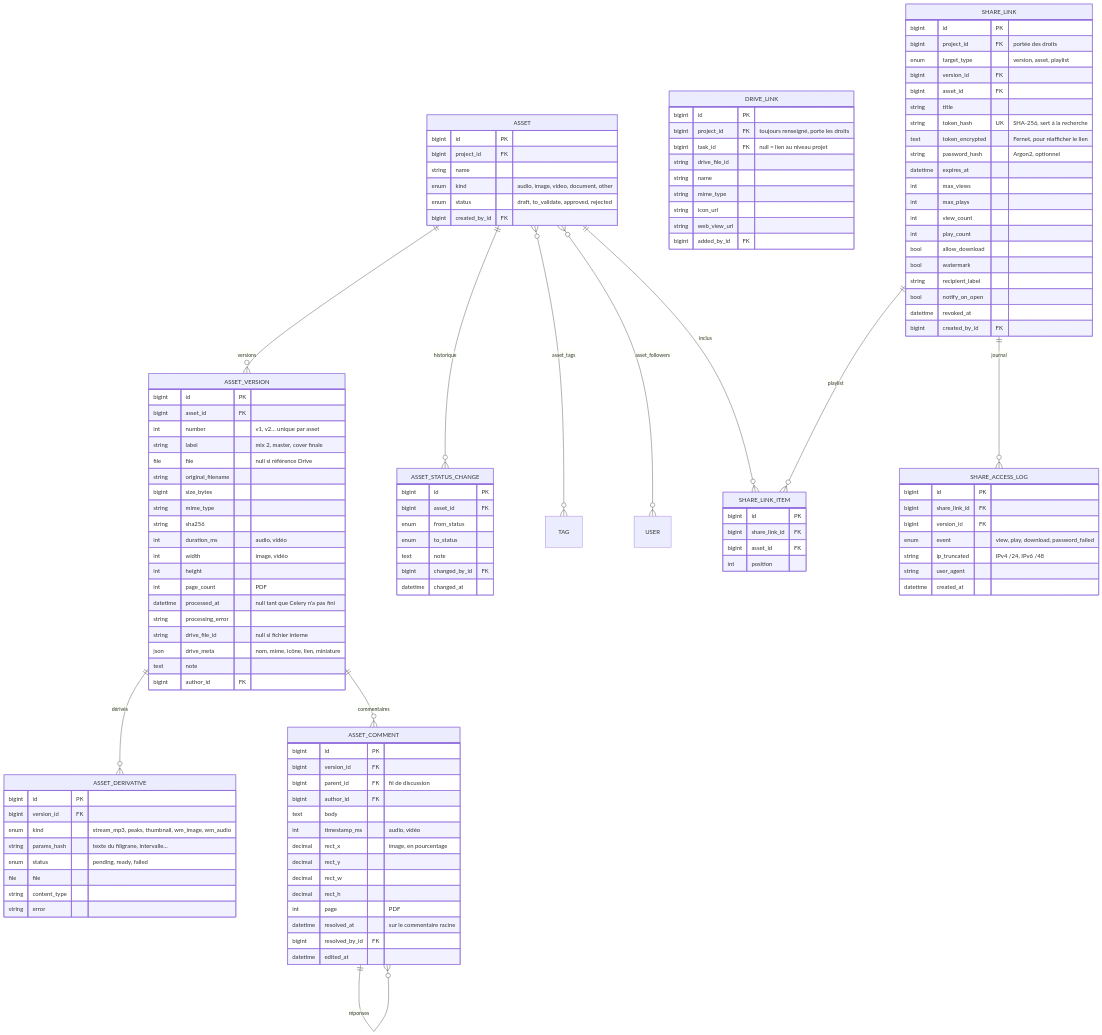
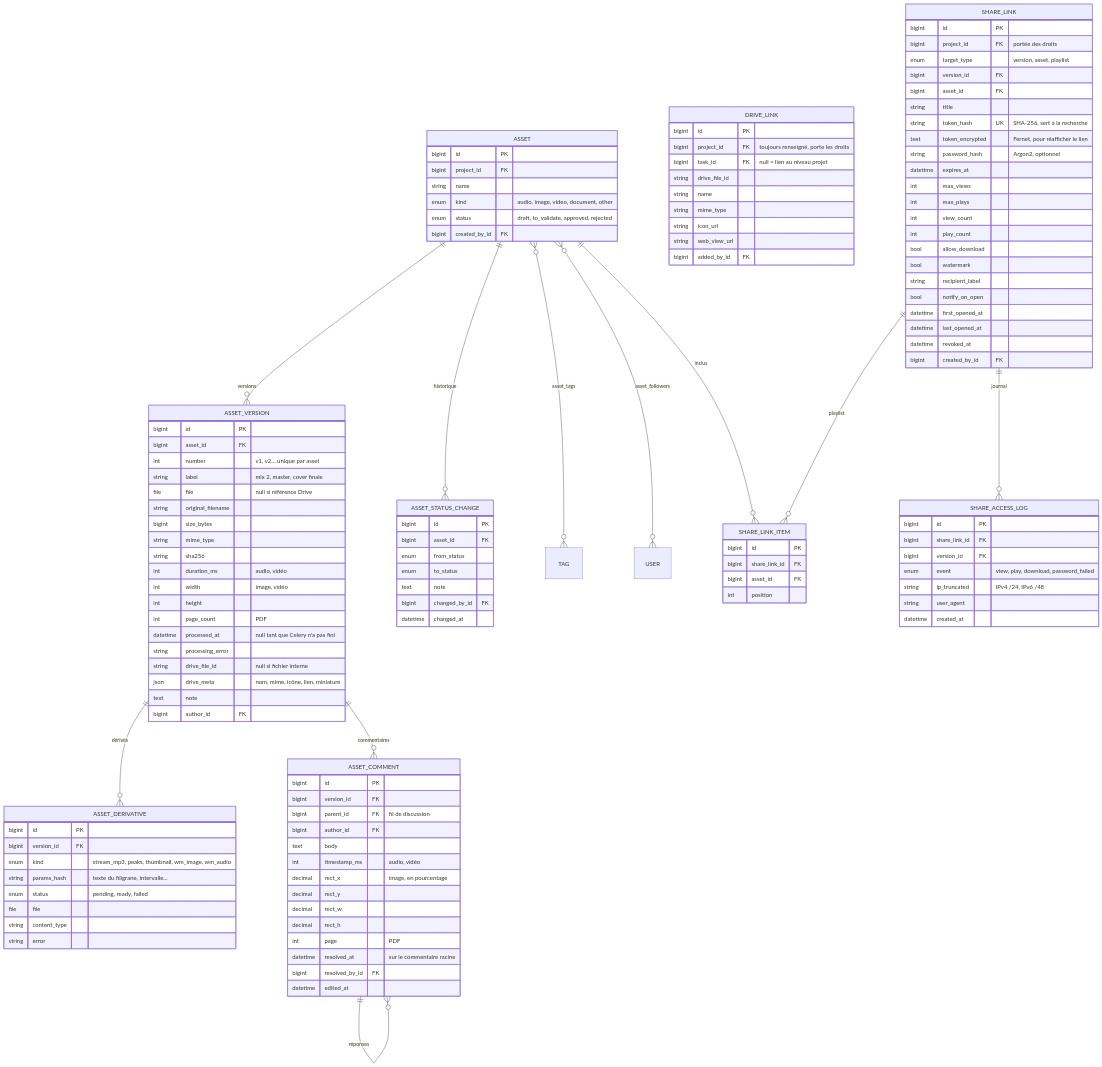
The fifth of 7 diagrams in DATABASE_SCHEMA.md (lucagslr/sobased), drawn with Mermaid before and after one commit. The commit also changed other lines of this file and 49 other files, not shown here.

```diff
--- a/DATABASE_SCHEMA.md
+++ b/DATABASE_SCHEMA.md
@@ -421,6 +421,8 @@
         bool watermark
         string recipient_label
         bool notify_on_open
+        datetime first_opened_at
+        datetime last_opened_at
         datetime revoked_at
         bigint created_by_id FK
     }
```
